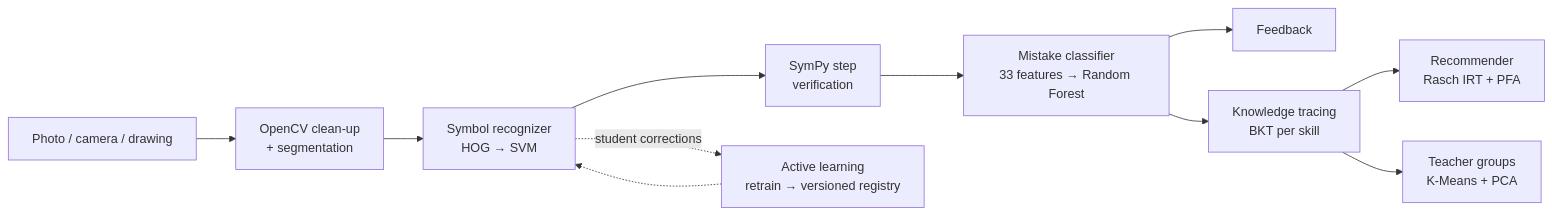
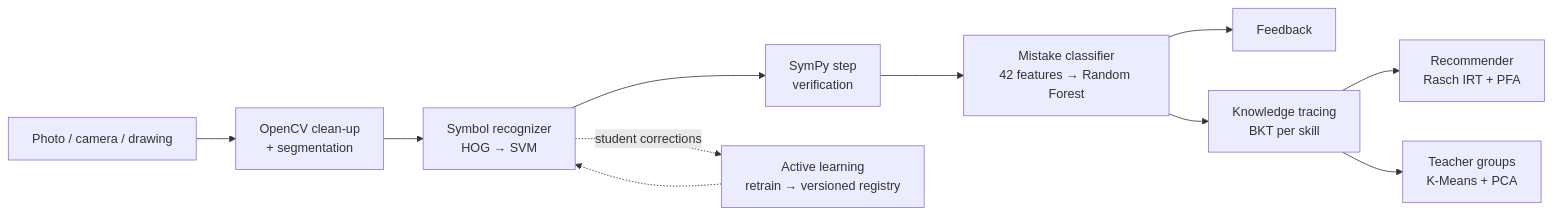
Before and after one commit to siddsal10/ML: the diagram in README.md, drawn with Mermaid. The commit also changed other lines of this file and 54 other files, not shown here.

````diff
--- a/README.md
+++ b/README.md
@@ -22,13 +22,13 @@
 ```mermaid
 flowchart LR
     A[Photo / camera / drawing] --> B[OpenCV clean-up<br/>+ segmentation]
     B --> C[Symbol recognizer<br/>HOG → SVM]
     C --> D[SymPy step<br/>verification]
-    D --> E[Mistake classifier<br/>33 features → Random Forest]
+    D --> E[Mistake classifier<br/>42 features → Random Forest]
     E --> F[Feedback]
     E --> G[Knowledge tracing<br/>BKT per skill]
     G --> H[Recommender<br/>Rasch IRT + PFA]
     G --> I[Teacher groups<br/>K-Means + PCA]
     C -. student corrections .-> J[Active learning<br/>retrain → versioned registry]
     J -.-> C
 ```
````
